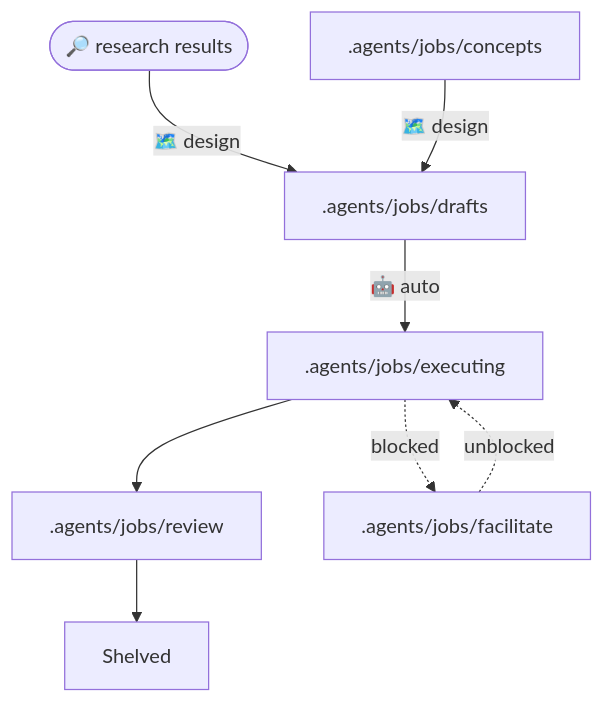
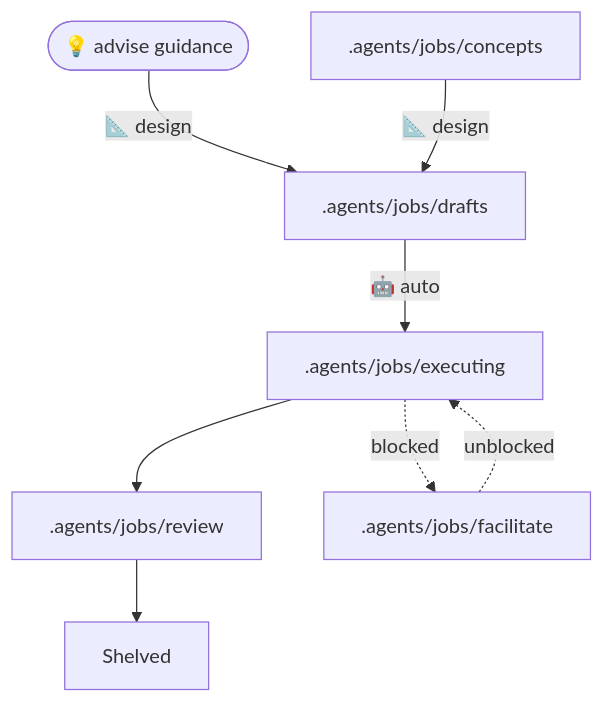
Before and after one commit to qunqin24/opendock: the first of 2 diagrams in src/data/readme/ahumandev--autocode.md, drawn with Mermaid. The commit also changed other lines of this file and 152 other files, not shown here.

````diff
--- a/src/data/readme/ahumandev--autocode.md
+++ b/src/data/readme/ahumandev--autocode.md
@@ -90,10 +100,10 @@
 ```mermaid
 flowchart TD
-  Research([🔎 research results]) --🗺️ design--> Drafts[.agents/jobs/drafts]
-  Concepts[ .agents/jobs/concepts] --🗺️ design--> Drafts
+  Advise([💡 advise guidance]) --📐 design--> Drafts[.agents/jobs/drafts]
+  Concepts[ .agents/jobs/concepts] --📐 design--> Drafts
   Drafts --🤖 auto --> Executing[.agents/jobs/executing]
   Executing --> Review[.agents/jobs/review]
   Review --> Shelved
   Executing -.blocked.-> Facilitate[.agents/jobs/facilitate]
   Facilitate -.unblocked.-> Executing
 ```
````
